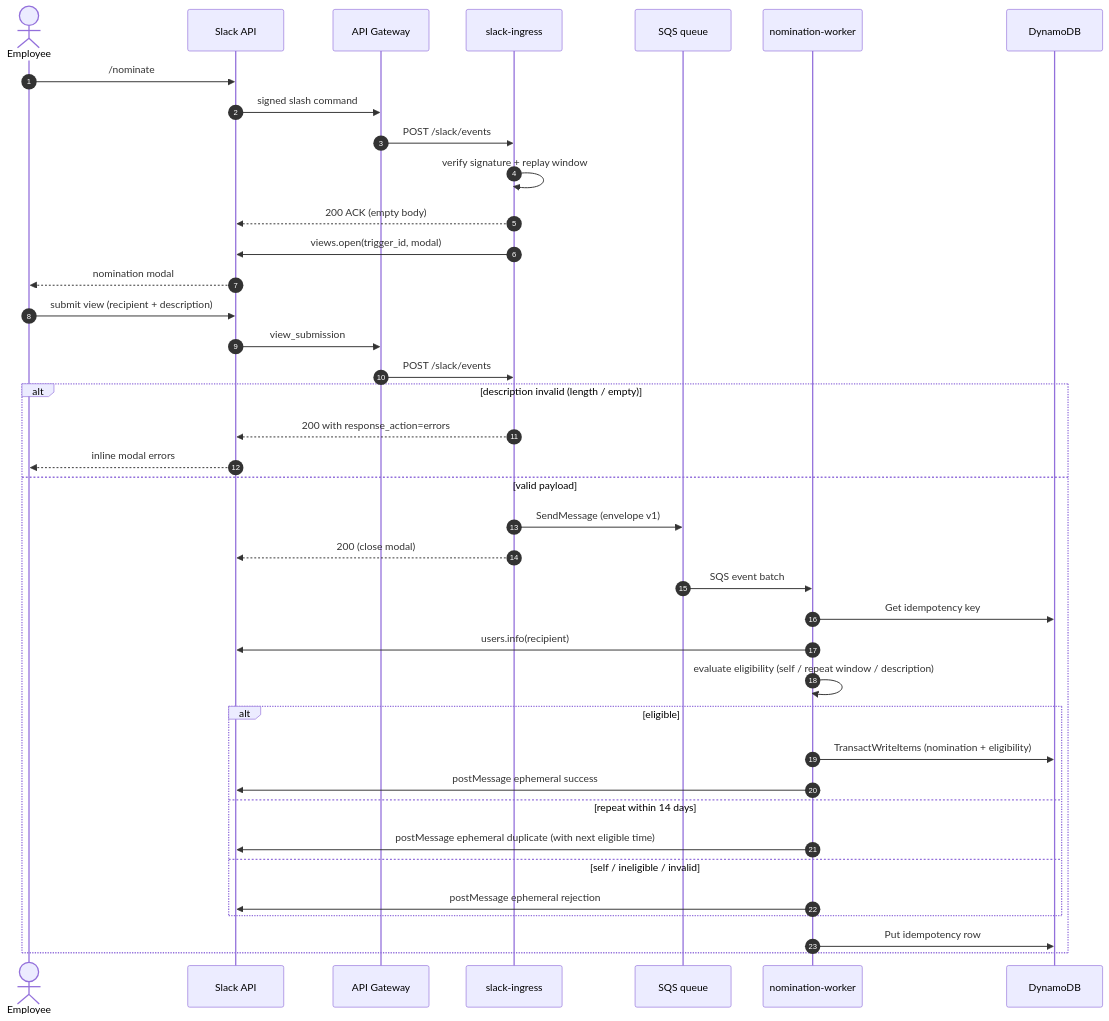
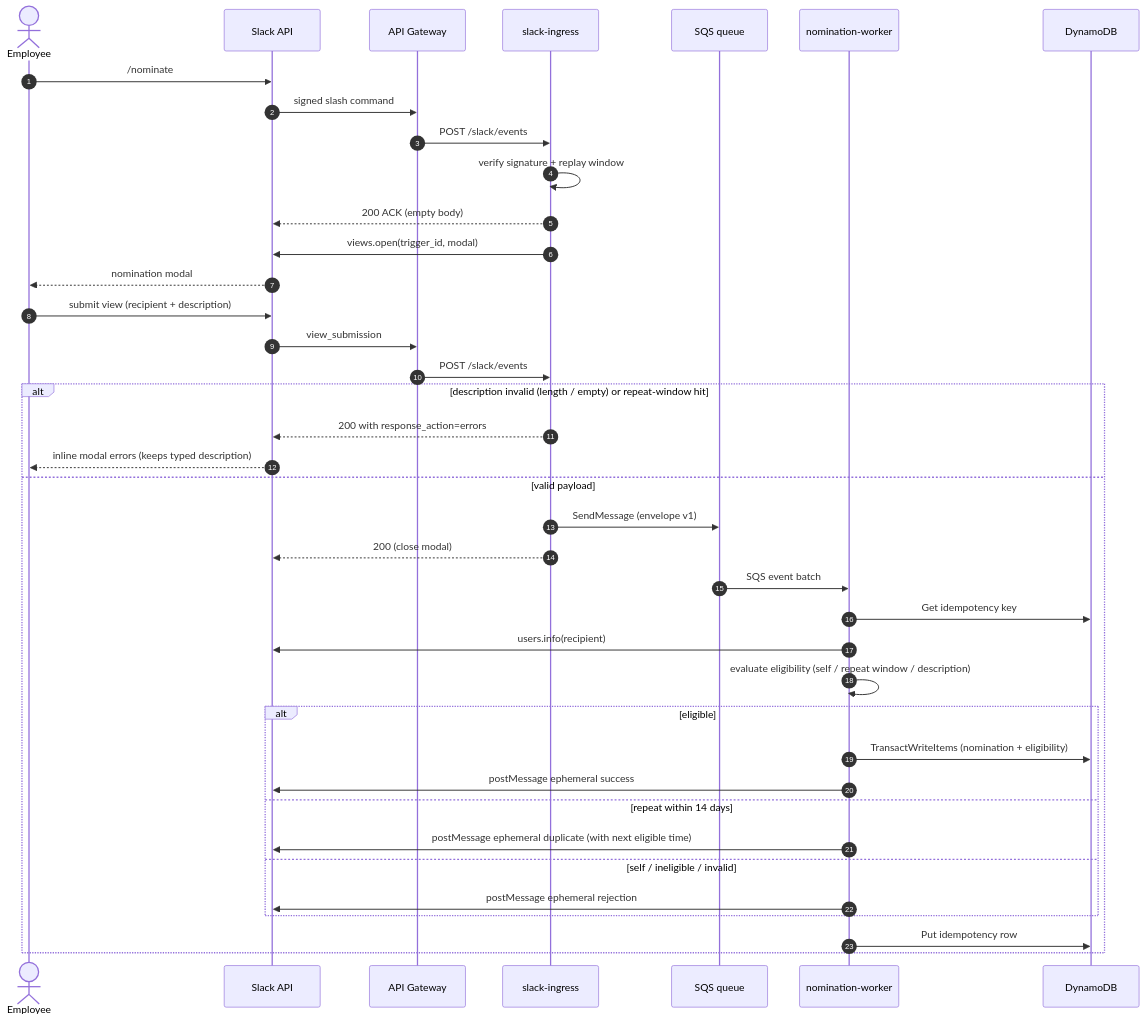
The diagram in docs/03-slack-app-design.md (youngvz/nominate-slackbot), drawn with Mermaid before and after one commit. The commit also changed other lines of this file and 10 other files, not shown here.

Commit message:
feat(nominate): surface repeat-window state in the modal UX

````diff
--- a/docs/03-slack-app-design.md
+++ b/docs/03-slack-app-design.md
@@ -20,47 +21,47 @@
 ```mermaid
 sequenceDiagram
     autonumber
     actor Employee
     participant Slack as Slack API
     participant APIGW as API Gateway
     participant Ingress as slack-ingress
     participant SQS as SQS queue
     participant Worker as nomination-worker
     participant DDB as DynamoDB
 
     Employee->>Slack: /nominate
     Slack->>APIGW: signed slash command
     APIGW->>Ingress: POST /slack/events
     Ingress->>Ingress: verify signature + replay window
     Ingress-->>Slack: 200 ACK (empty body)
     Ingress->>Slack: views.open(trigger_id, modal)
     Slack-->>Employee: nomination modal
 
     Employee->>Slack: submit view (recipient + description)
     Slack->>APIGW: view_submission
     APIGW->>Ingress: POST /slack/events
 
-    alt description invalid (length / empty)
+    alt description invalid (length / empty) or repeat-window hit
         Ingress-->>Slack: 200 with response_action=errors
-        Slack-->>Employee: inline modal errors
+        Slack-->>Employee: inline modal errors (keeps typed description)
     else valid payload
         Ingress->>SQS: SendMessage (envelope v1)
         Ingress-->>Slack: 200 (close modal)
 
         SQS->>Worker: SQS event batch
         Worker->>DDB: Get idempotency key
         Worker->>Slack: users.info(recipient)
         Worker->>Worker: evaluate eligibility (self / repeat window / description)
 
         alt eligible
             Worker->>DDB: TransactWriteItems (nomination + eligibility)
             Worker->>Slack: postMessage ephemeral success
         else repeat within 14 days
             Worker->>Slack: postMessage ephemeral duplicate (with next eligible time)
         else self / ineligible / invalid
             Worker->>Slack: postMessage ephemeral rejection
         end
 
         Worker->>DDB: Put idempotency row
     end
 ```
````
